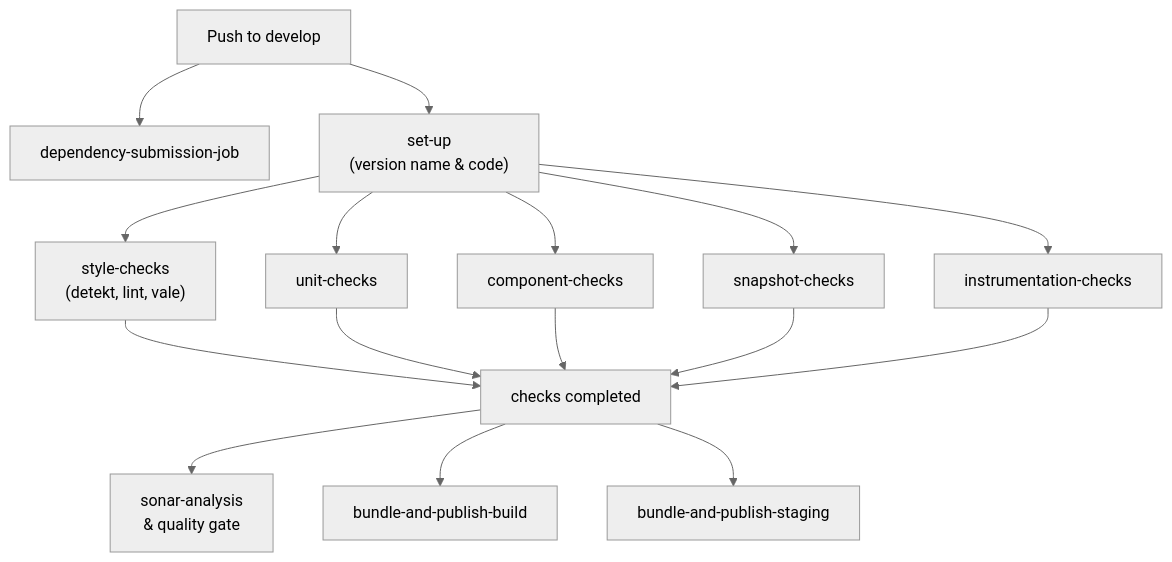
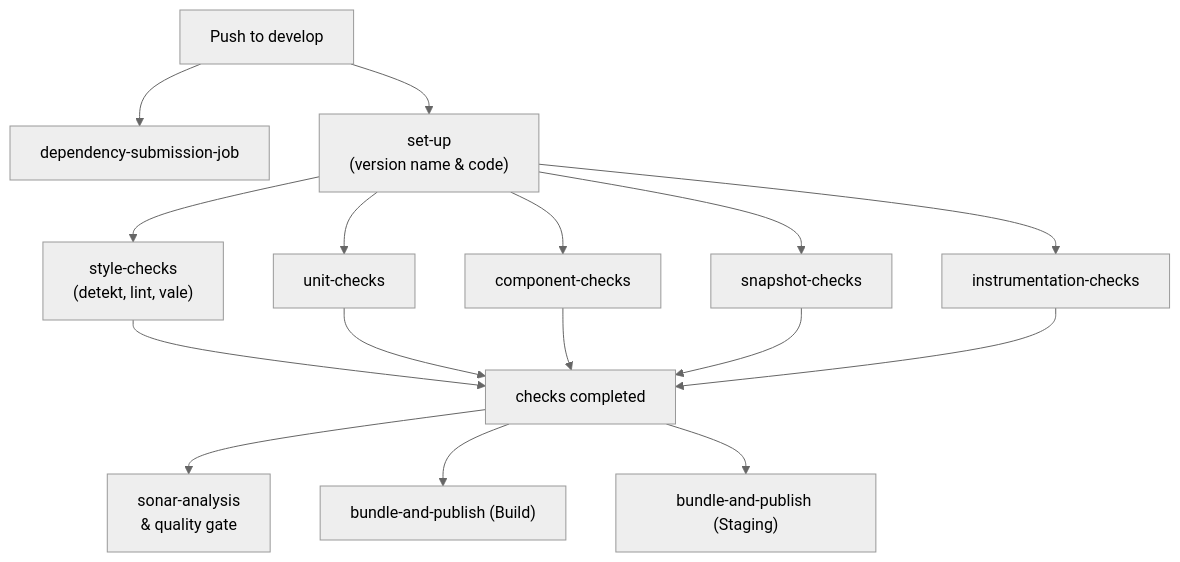
Before and after one commit to govuk-one-login/mobile-android-one-login-app: the second of 4 diagrams in README.md, drawn with Mermaid (neutral theme). The commit also changed other lines of this file, not shown here.

````diff
--- a/README.md
+++ b/README.md
@@ -50,21 +52,21 @@
 ```mermaid
 flowchart TD
     A["Push to develop"] --> B["dependency-submission-job"]
     A --> C["set-up\n(version name & code)"]
 
     C --> D["style-checks\n(detekt, lint, vale)"]
     C --> E["unit-checks"]
     C --> F["component-checks"]
     C --> G["snapshot-checks"]
     C --> H["instrumentation-checks"]
 
     D --> L["checks completed"]
     E --> L
     F --> L
     G --> L
     H --> L
 
     L --> I["sonar-analysis\n& quality gate"]
-    L --> J["bundle-and-publish-build"]
-    L --> K["bundle-and-publish-staging"]
+    L --> J["bundle-and-publish (Build)"]
+    L --> K["bundle-and-publish (Staging)"]
 ```
````
